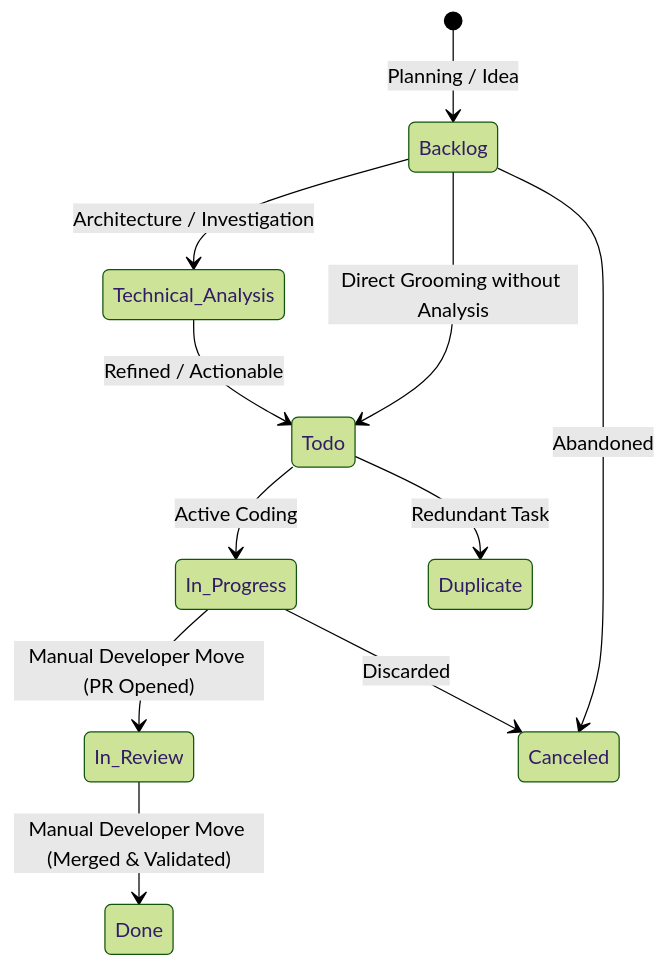
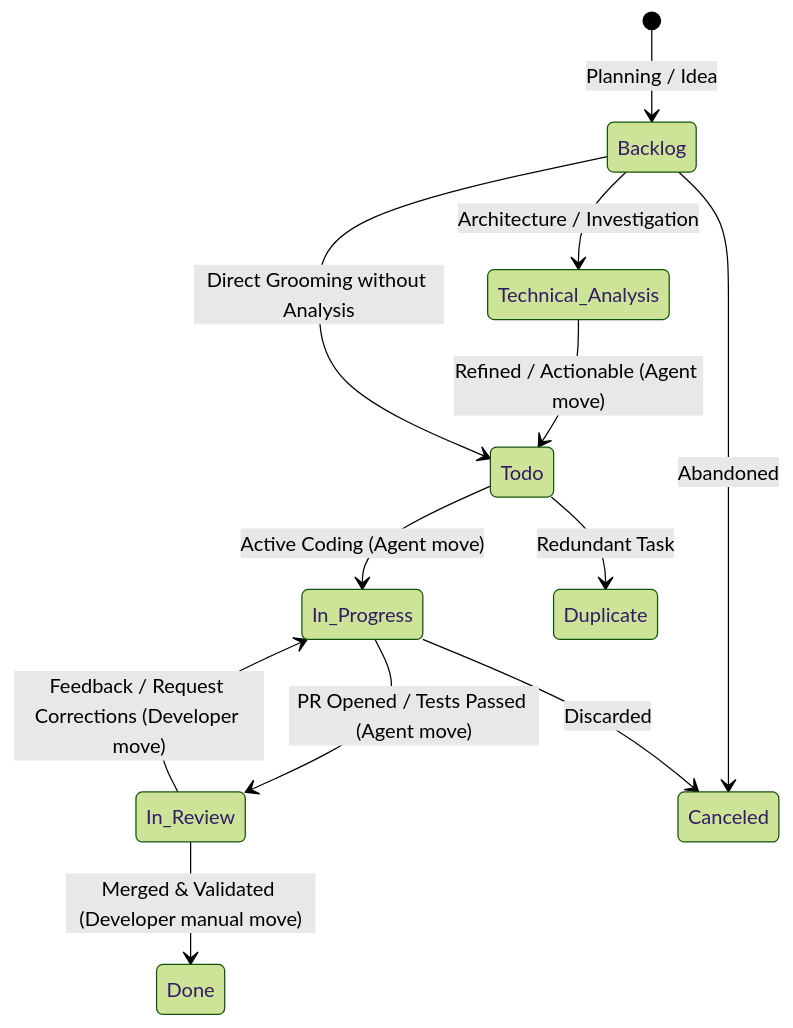
Before and after one commit to CaioCoelhoChaves/fk_apm: the diagram in skills/linear-workflow/references/states-and-labels.md, drawn with Mermaid (forest theme). The commit also changed other lines of this file and 1 other file, not shown here.

First line of the commit message:
fix(linear-workflow): set In Review transition to agent upon develop and restrict manual rites to Done

````diff
--- a/skills/linear-workflow/references/states-and-labels.md
+++ b/skills/linear-workflow/references/states-and-labels.md
@@ -11,13 +11,14 @@
 ```mermaid
 stateDiagram-v2
     [*] --> Backlog: Planning / Idea
     Backlog --> Technical_Analysis: Architecture / Investigation
-    Technical_Analysis --> Todo: Refined / Actionable
-    Todo --> In_Progress: Active Coding
+    Technical_Analysis --> Todo: Refined / Actionable (Agent move)
+    Todo --> In_Progress: Active Coding (Agent move)
     Backlog --> Todo: Direct Grooming without Analysis
-    In_Progress --> In_Review: Manual Developer Move (PR Opened)
-    In_Review --> Done: Manual Developer Move (Merged & Validated)
+    In_Progress --> In_Review: PR Opened / Tests Passed (Agent move)
+    In_Review --> In_Progress: Feedback / Request Corrections (Developer move)
+    In_Review --> Done: Merged & Validated (Developer manual move)
     Backlog --> Canceled: Abandoned
     Todo --> Duplicate: Redundant Task
     In_Progress --> Canceled: Discarded
 ```
````
